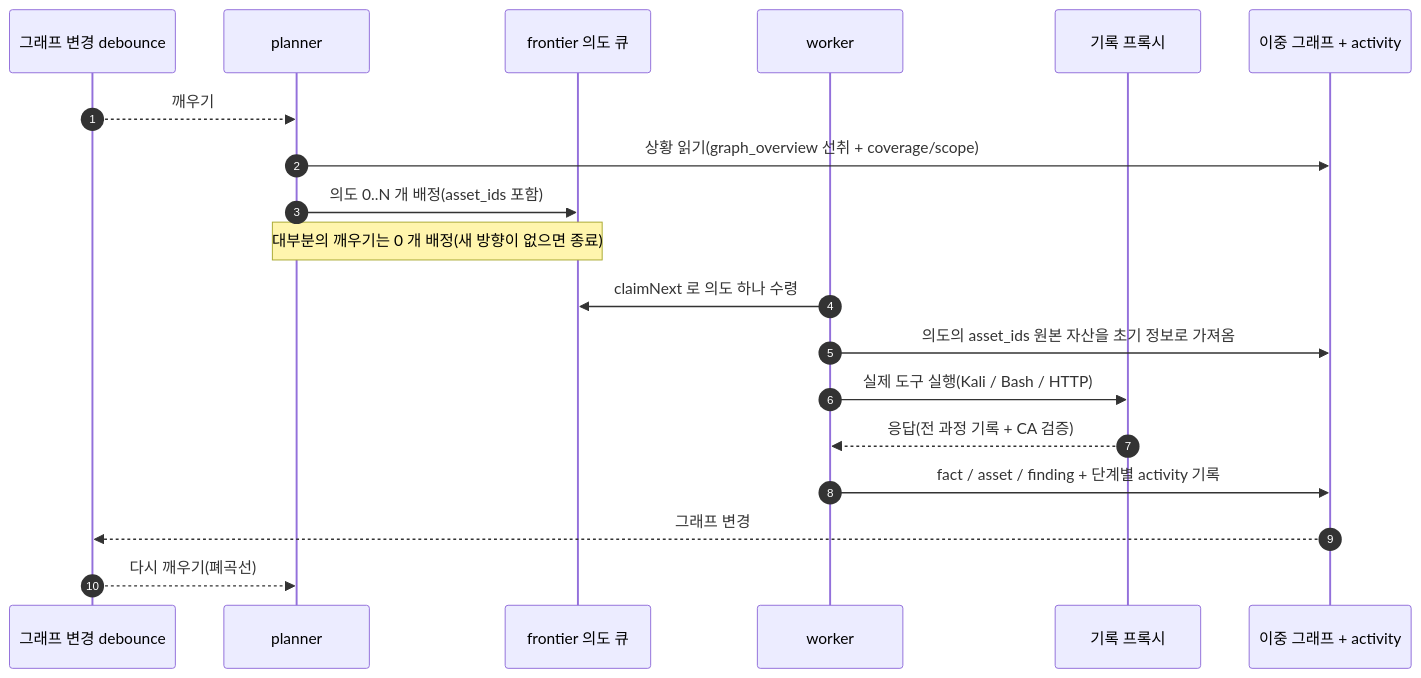
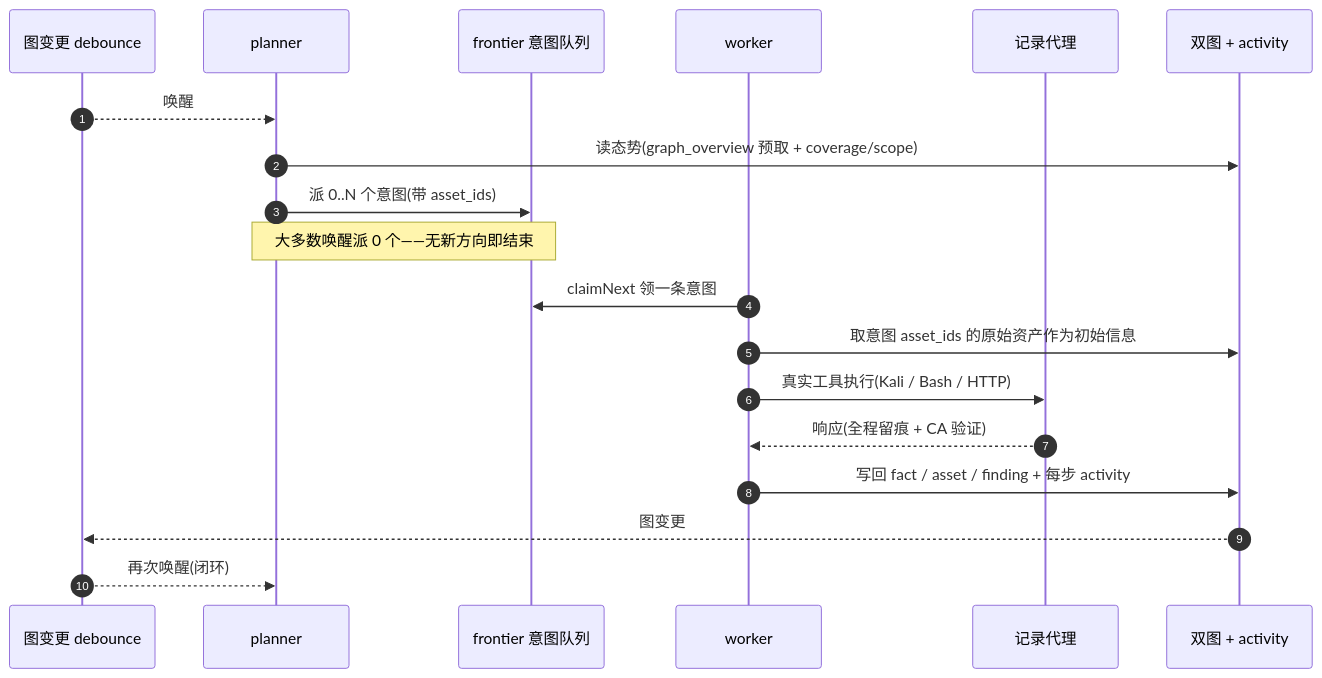
Before and after one commit to dami9527/artex-cn: the third of 5 diagrams in README.md, drawn with Mermaid. The commit also changed other lines of this file and 297 other files, not shown here.

````diff
--- a/README.md
+++ b/README.md
@@ -357,22 +374,22 @@
 ```mermaid
 sequenceDiagram
   autonumber
-  participant EV as 그래프 변경 debounce
+  participant EV as 图变更 debounce
   participant P as planner
-  participant FR as frontier 의도 큐
+  participant FR as frontier 意图队列
   participant W as worker
-  participant PX as 기록 프록시
-  participant DB as 이중 그래프 + activity
+  participant PX as 记录代理
+  participant DB as 双图 + activity
 
-  EV-->>P: 깨우기
-  P->>DB: 상황 읽기(graph_overview 선취 + coverage/scope)
-  P->>FR: 의도 0..N 개 배정(asset_ids 포함)
-  Note over P,FR: 대부분의 깨우기는 0 개 배정(새 방향이 없으면 종료)
-  W->>FR: claimNext 로 의도 하나 수령
-  W->>DB: 의도의 asset_ids 원본 자산을 초기 정보로 가져옴
-  W->>PX: 실제 도구 실행(Kali / Bash / HTTP)
-  PX-->>W: 응답(전 과정 기록 + CA 검증)
-  W->>DB: fact / asset / finding + 단계별 activity 기록
-  DB-->>EV: 그래프 변경
-  EV-->>P: 다시 깨우기(폐곡선)
+  EV-->>P: 唤醒
+  P->>DB: 读态势(graph_overview 预取 + coverage/scope)
+  P->>FR: 派 0..N 个意图(带 asset_ids)
+  Note over P,FR: 大多数唤醒派 0 个——无新方向即结束
+  W->>FR: claimNext 领一条意图
+  W->>DB: 取意图 asset_ids 的原始资产作为初始信息
+  W->>PX: 真实工具执行(Kali / Bash / HTTP)
+  PX-->>W: 响应(全程留痕 + CA 验证)
+  W->>DB: 写回 fact / asset / finding + 每步 activity
+  DB-->>EV: 图变更
+  EV-->>P: 再次唤醒(闭环)
 ```
````
